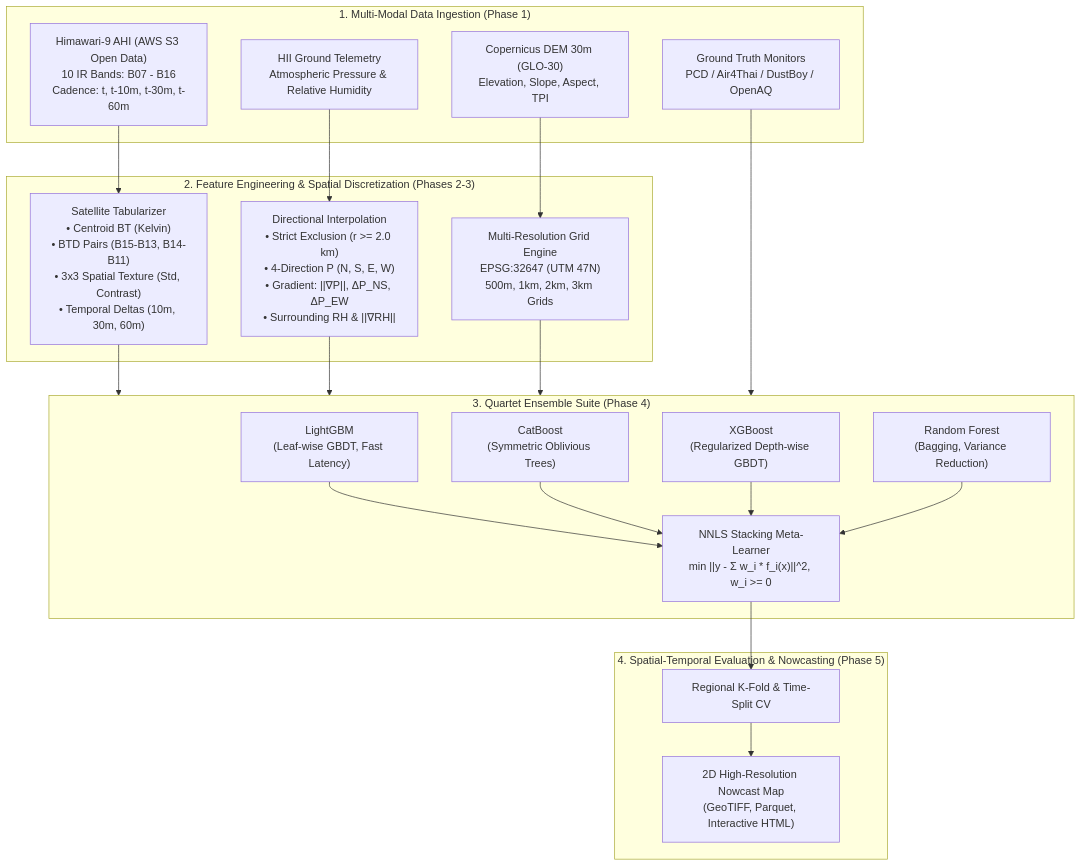
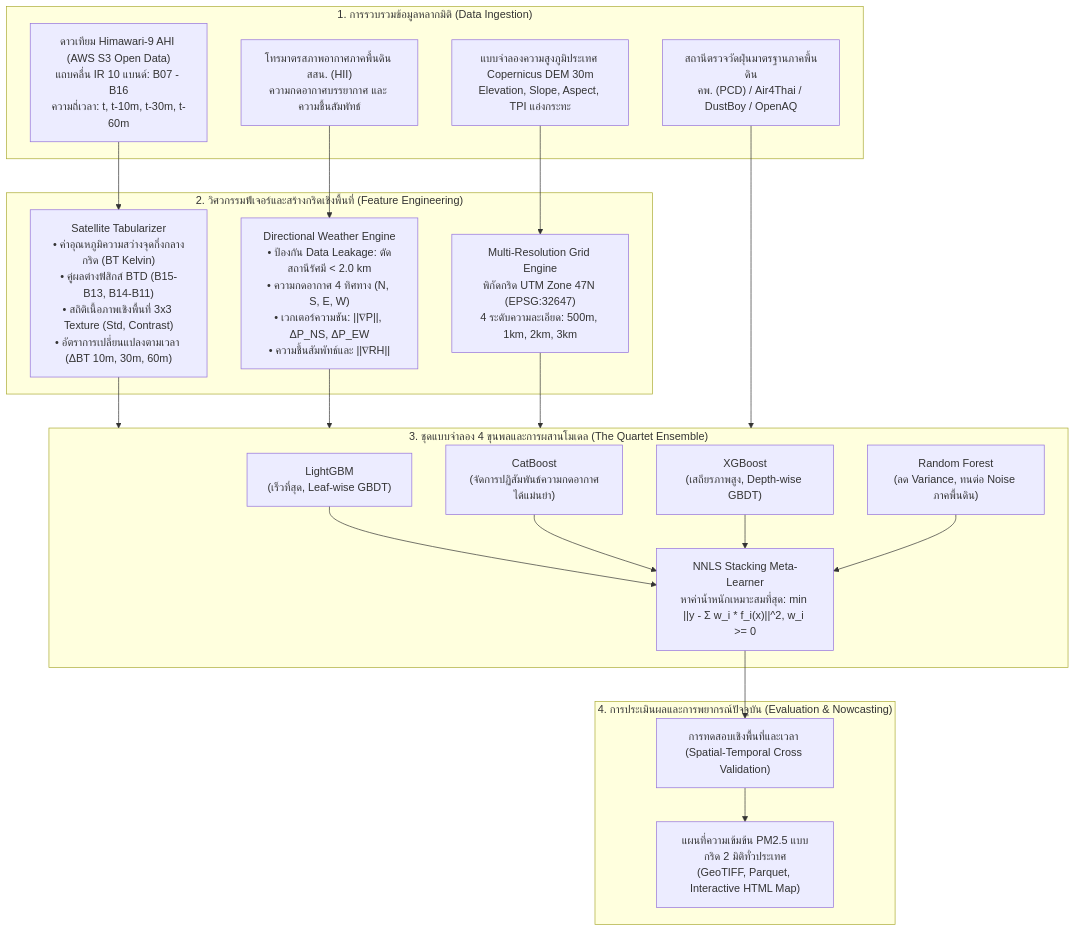
Before and after one commit to korarit/dust-from-satellite-image-thailand: the diagram in README.md, drawn with Mermaid. The commit also changed other lines of this file, not shown here.

Commit message:
docs: rewrite README in formal Thai research publication format with equal-grid benchmark framing

````diff
--- a/README.md
+++ b/README.md
@@ -54,35 +64,35 @@
 ```mermaid
 flowchart TD
-    subgraph DataIngestion ["1. Multi-Modal Data Ingestion (Phase 1)"]
-        H9["Himawari-9 AHI (AWS S3 Open Data)<br>10 IR Bands: B07 - B16<br>Cadence: t, t-10m, t-30m, t-60m"]
-        HII["HII Ground Telemetry<br>Atmospheric Pressure & Relative Humidity"]
-        DEM["Copernicus DEM 30m (GLO-30)<br>Elevation, Slope, Aspect, TPI"]
-        GT["Ground Truth Monitors<br>PCD / Air4Thai / DustBoy / OpenAQ"]
+    subgraph DataSources ["1. การรวบรวมข้อมูลหลากมิติ (Data Ingestion)"]
+        H9["ดาวเทียม Himawari-9 AHI (AWS S3 Open Data)<br>แถบคลื่น IR 10 แบนด์: B07 - B16<br>ความถี่เวลา: t, t-10m, t-30m, t-60m"]
+        HII["โทรมาตรสภาพอากาศภาคพื้นดิน สสน. (HII)<br>ความกดอากาศบรรยากาศ และ ความชื้นสัมพัทธ์"]
+        DEM["แบบจำลองความสูงภูมิประเทศ Copernicus DEM 30m<br>Elevation, Slope, Aspect, TPI แอ่งกระทะ"]
+        GT["สถานีตรวจวัดฝุ่นมาตรฐานภาคพื้นดิน<br>คพ. (PCD) / Air4Thai / DustBoy / OpenAQ"]
     end
 
-    subgraph FeatureEngineering ["2. Feature Engineering & Spatial Discretization (Phases 2-3)"]
-        SatTab["Satellite Tabularizer<br>• Centroid BT (Kelvin)<br>• BTD Pairs (B15-B13, B14-B11)<br>• 3x3 Spatial Texture (Std, Contrast)<br>• Temporal Deltas (10m, 30m, 60m)"]
-        DirPress["Directional Interpolation<br>• Strict Exclusion (r >= 2.0 km)<br>• 4-Direction P (N, S, E, W)<br>• Gradient: ||∇P||, ΔP_NS, ΔP_EW<br>• Surrounding RH & ||∇RH||"]
-        GridEng["Multi-Resolution Grid Engine<br>EPSG:32647 (UTM 47N)<br>500m, 1km, 2km, 3km Grids"]
+    subgraph FeatureEngineering ["2. วิศวกรรมฟีเจอร์และสร้างกริดเชิงพื้นที่ (Feature Engineering)"]
+        SatTab["Satellite Tabularizer<br>• ค่าอุณหภูมิความสว่างจุดกึ่งกลางกริด (BT Kelvin)<br>• คู่ผลต่างฟิสิกส์ BTD (B15-B13, B14-B11)<br>• สถิติเนื้อภาพเชิงพื้นที่ 3x3 Texture (Std, Contrast)<br>• อัตราการเปลี่ยนแปลงตามเวลา (ΔBT 10m, 30m, 60m)"]
+        DirPress["Directional Weather Engine<br>• ป้องกัน Data Leakage: ตัดสถานีรัศมี < 2.0 km<br>• ความกดอากาศ 4 ทิศทาง (N, S, E, W)<br>• เวกเตอร์ความชัน: ||∇P||, ΔP_NS, ΔP_EW<br>• ความชื้นสัมพัทธ์และ ||∇RH||"]
+        GridEng["Multi-Resolution Grid Engine<br>พิกัดกริด UTM Zone 47N (EPSG:32647)<br>4 ระดับความละเอียด: 500m, 1km, 2km, 3km"]
     end
 
-    subgraph ModelingQuartet ["3. Quartet Ensemble Suite (Phase 4)"]
-        LGB["LightGBM<br>(Leaf-wise GBDT, Fast Latency)"]
-        CAT["CatBoost<br>(Symmetric Oblivious Trees)"]
-        XGB["XGBoost<br>(Regularized Depth-wise GBDT)"]
-        RF["Random Forest<br>(Bagging, Variance Reduction)"]
-        Meta["NNLS Stacking Meta-Learner<br>min ||y - Σ w_i * f_i(x)||^2, w_i >= 0"]
+    subgraph ModelingSuite ["3. ชุดแบบจำลอง 4 ขุนพลและการผสานโมเดล (The Quartet Ensemble)"]
+        LGB["LightGBM<br>(เร็วที่สุด, Leaf-wise GBDT)"]
+        CAT["CatBoost<br>(จัดการปฏิสัมพันธ์ความกดอากาศได้แม่นยำ)"]
+        XGB["XGBoost<br>(เสถียรภาพสูง, Depth-wise GBDT)"]
+        RF["Random Forest<br>(ลด Variance, ทนต่อ Noise ภาคพื้นดิน)"]
+        Meta["NNLS Stacking Meta-Learner<br>หาค่าน้ำหนักเหมาะสมที่สุด: min ||y - Σ w_i * f_i(x)||^2, w_i >= 0"]
     end
 
-    subgraph EvaluationNowcast ["4. Spatial-Temporal Evaluation & Nowcasting (Phase 5)"]
-        CV["Regional K-Fold & Time-Split CV"]
-        Map["2D High-Resolution Nowcast Map<br>(GeoTIFF, Parquet, Interactive HTML)"]
+    subgraph EvaluationInference ["4. การประเมินผลและการพยากรณ์ปัจจุบัน (Evaluation & Nowcasting)"]
+        CV["การทดสอบเชิงพื้นที่และเวลา (Spatial-Temporal Cross Validation)"]
+        Map["แผนที่ความเข้มข้น PM2.5 แบบกริด 2 มิติทั่วประเทศ<br>(GeoTIFF, Parquet, Interactive HTML Map)"]
     end
 
     H9 --> SatTab
     HII --> DirPress
     DEM --> GridEng
-    SatTab & DirPress & GridEng & GT --> ModelingQuartet
+    SatTab & DirPress & GridEng & GT --> ModelingSuite
     LGB & CAT & XGB & RF --> Meta
     Meta --> CV --> Map
 ```
````
